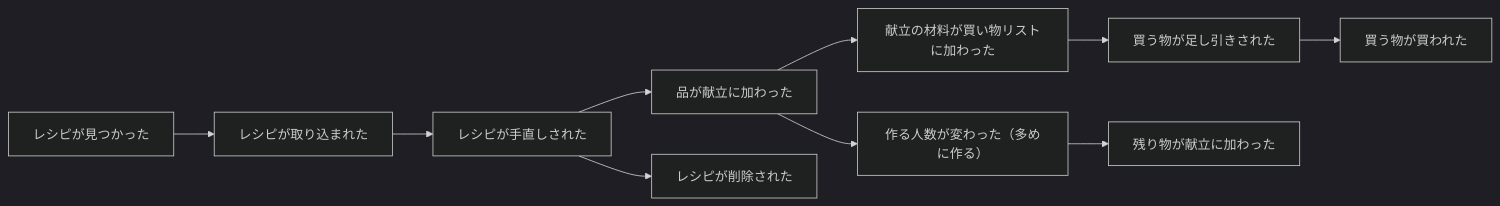
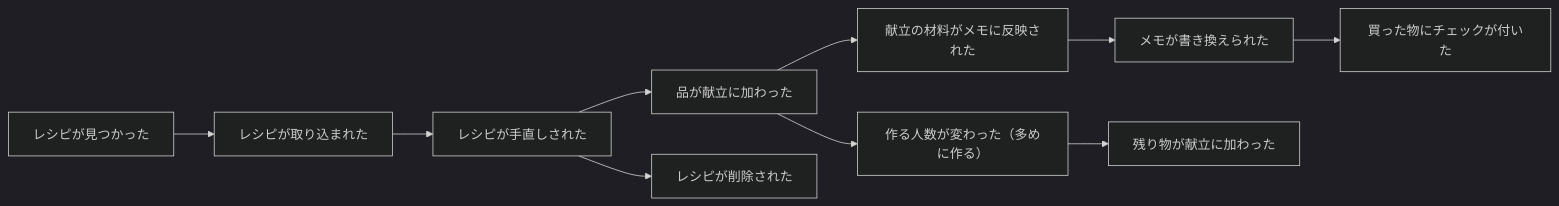
Before and after one commit to masaya722/cook-share: the diagram in docs/domain/event-storming.md, drawn with Mermaid (dark theme). The commit also changed other lines of this file and 25 other files, not shown here.

````diff
--- a/docs/domain/event-storming.md
+++ b/docs/domain/event-storming.md
@@ -8,12 +8,12 @@
 ```mermaid
 flowchart LR
   A[レシピが見つかった] --> B[レシピが取り込まれた]
   B --> C[レシピが手直しされた]
   C --> D[品が献立に加わった]
-  D --> E[献立の材料が買い物リストに加わった]
-  E --> F[買う物が足し引きされた]
-  F --> G[買う物が買われた]
+  D --> E[献立の材料がメモに反映された]
+  E --> F[メモが書き換えられた]
+  F --> G[買った物にチェックが付いた]
   D --> H[作る人数が変わった（多めに作る）]
   H --> I[残り物が献立に加わった]
   C --> J[レシピが削除された]
 ```
````
